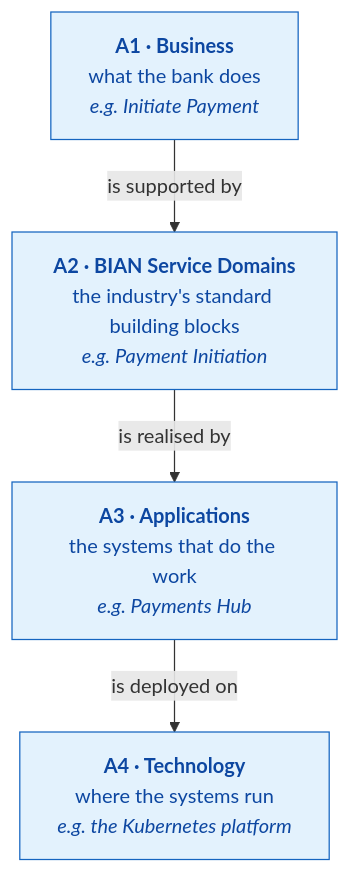
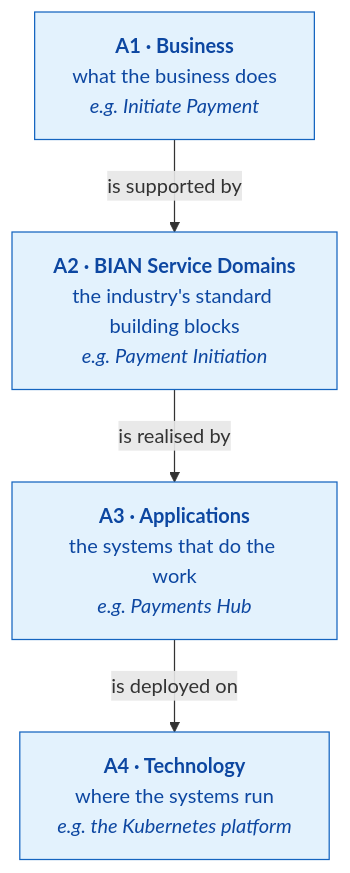
One commit to taumoeps/bian-sdem-framework changed the first of 9 diagrams in README.md. Above: the diagram before and after it, drawn with Mermaid. The commit also changed other lines of this file and 24 other files, not shown here.

````diff
--- a/README.md
+++ b/README.md
@@ -23,12 +23,12 @@
 ```mermaid
 flowchart TB
-    A1["<b>A1 · Business</b><br/>what the bank does<br/><i>e.g. Initiate Payment</i>"]
+    A1["<b>A1 · Business</b><br/>what the business does<br/><i>e.g. Initiate Payment</i>"]
     A2["<b>A2 · BIAN Service Domains</b><br/>the industry's standard building blocks<br/><i>e.g. Payment Initiation</i>"]
     A3["<b>A3 · Applications</b><br/>the systems that do the work<br/><i>e.g. Payments Hub</i>"]
     A4["<b>A4 · Technology</b><br/>where the systems run<br/><i>e.g. the Kubernetes platform</i>"]
     A1 -->|"is supported by"| A2
     A2 -->|"is realised by"| A3
     A3 -->|"is deployed on"| A4
     classDef l fill:#E3F2FD,stroke:#1565C0,color:#0D47A1
     class A1,A2,A3,A4 l
 ```
````
